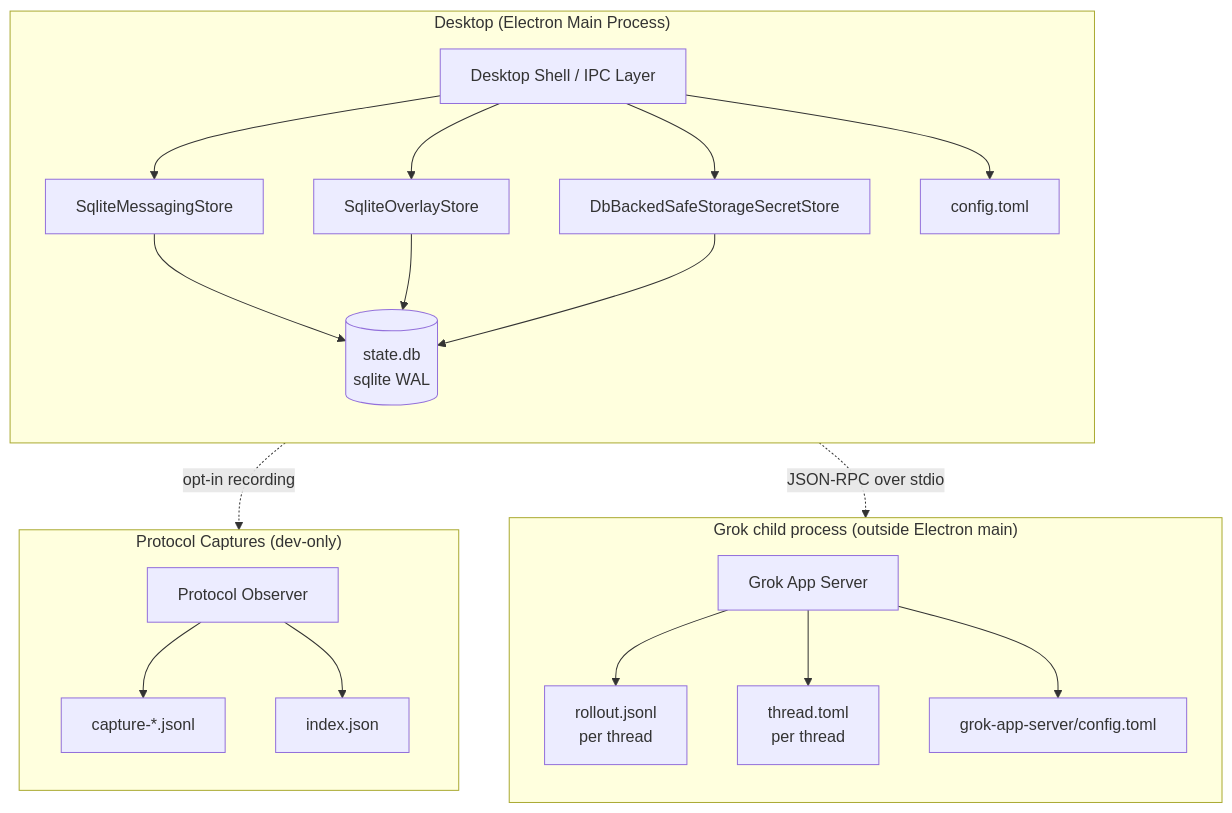
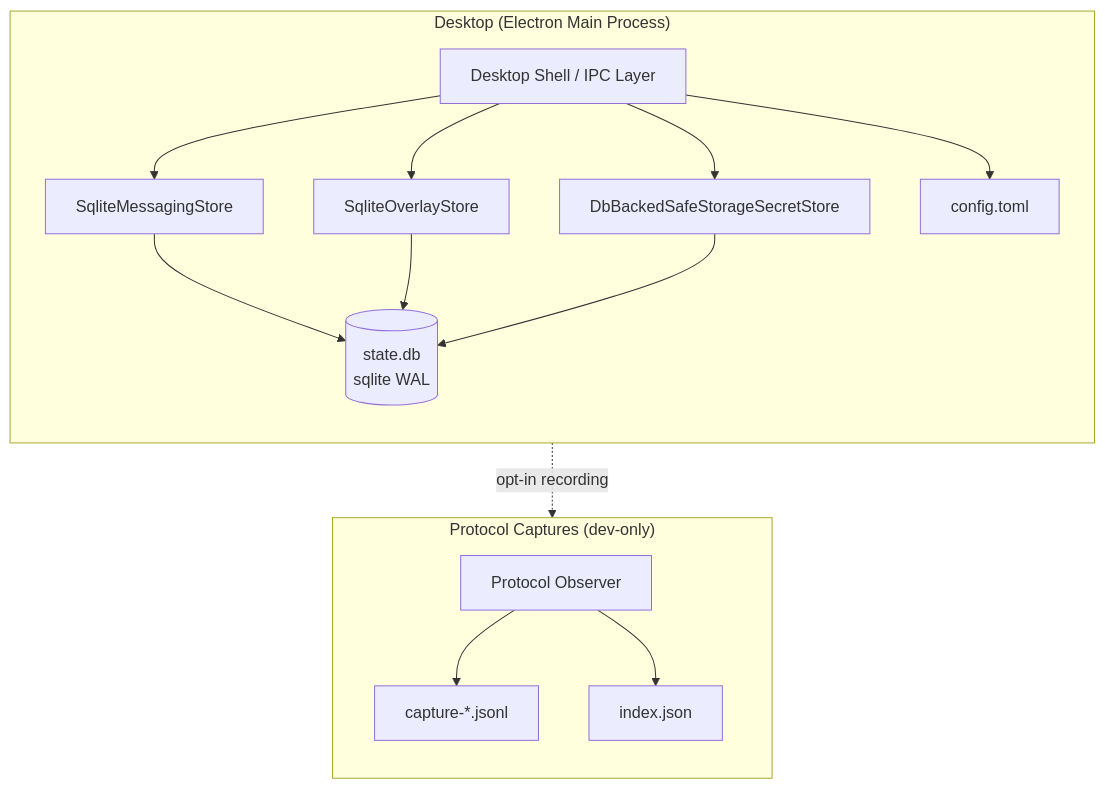
One commit to pwrdrvr/PwrAgent changed the diagram in docs/state-layout.md. Above: the diagram before and after it, drawn with Mermaid. The commit also changed other lines of this file and 219 other files, not shown here.

Commit message:
refactor(agent-core): remove legacy Grok backend

````diff
--- a/docs/state-layout.md
+++ b/docs/state-layout.md
@@ -7,45 +7,32 @@
 ```mermaid
 graph TD
     subgraph Desktop["Desktop (Electron Main Process)"]
         direction TB
         Shell[Desktop Shell / IPC Layer]
         MsgStore[SqliteMessagingStore]
         OvlStore[SqliteOverlayStore]
         SecStore[DbBackedSafeStorageSecretStore]
         StateDB[(state.db<br/>sqlite WAL)]
         ConfigTOML[config.toml]
 
         Shell --> MsgStore
         Shell --> OvlStore
         Shell --> SecStore
         MsgStore --> StateDB
         OvlStore --> StateDB
         SecStore --> StateDB
         Shell --> ConfigTOML
     end
 
-    subgraph AgentCore["Grok child process (outside Electron main)"]
-        direction TB
-        GrokSrv[Grok App Server]
-        RolloutJSONL[rollout.jsonl<br/>per thread]
-        ThreadTOML[thread.toml<br/>per thread]
-        GrokConfig[grok-app-server/config.toml]
-
-        GrokSrv --> RolloutJSONL
-        GrokSrv --> ThreadTOML
-        GrokSrv --> GrokConfig
-    end
-
     subgraph Captures["Protocol Captures (dev-only)"]
         direction TB
         Observer[Protocol Observer]
         CaptureJSONL[capture-*.jsonl]
         CaptureIndex[index.json]
 
         Observer --> CaptureJSONL
         Observer --> CaptureIndex
     end
 
-    Shell -.->|JSON-RPC over stdio| GrokSrv
     Shell -.->|opt-in recording| Observer
 ```
````
